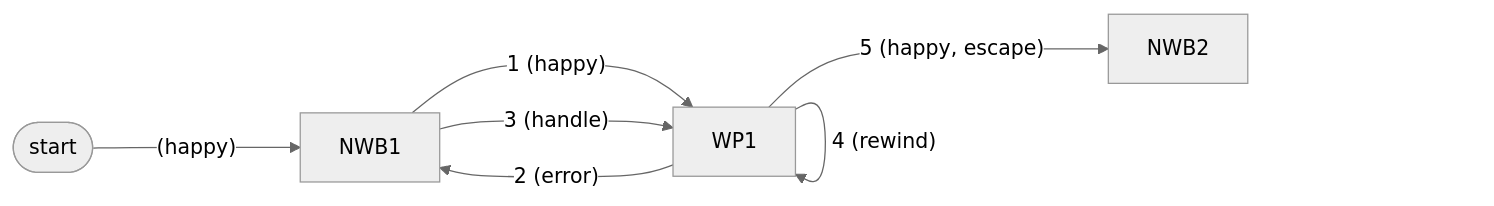
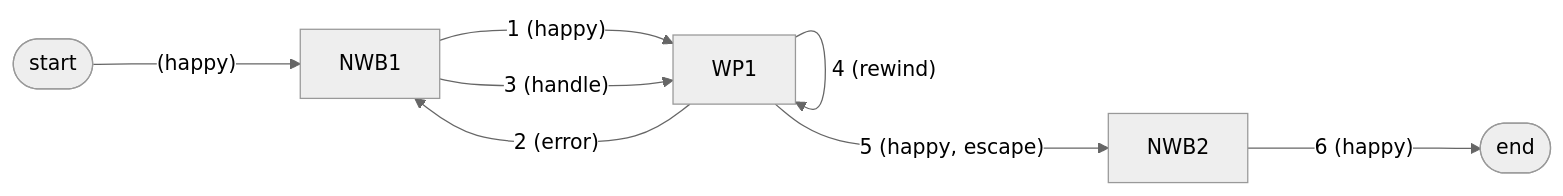
The third of 6 diagrams in error_handling.md (flowdev/comb), drawn with Mermaid (neutral theme) before and after one commit. The commit also changed other lines of this file, not shown here.

Commit message:
Use no markdown in flow graphs for better results.

````diff
--- a/error_handling.md
+++ b/error_handling.md
@@ -195,14 +195,16 @@
 ```mermaid
 flowchart LR
-  st(["`start`"])
-  p1["`NWB1`"]
-  p2["`WP1`"]
-  p3["`NWB2`"]
+  st(["start"])
+  p1["NWB1"]
+  p2["WP1"]
+  p3["NWB2"]
+  ed(["end"])
   
-  st--->|"`(happy)`"| p1
-  p1--->|"`1 (happy)`"| p2
-  p2--->|"`2 (error)`"| p1
-  p1--->|"`3 (handle)`"| p2
-  p2--->|"`4 (rewind)`"| p2
-  p2--->|"`5 (happy, escape)`"| p3
+  st--->|"(happy)"| p1
+  p1--->|"1 (happy)"| p2
+  p2--->|"2 (error)"| p1
+  p1--->|"3 (handle)"| p2
+  p2--->|"4 (rewind)"| p2
+  p2--->|"5 (happy, escape)"| p3
+  p3--->|"6 (happy)"| ed
 ```
````
